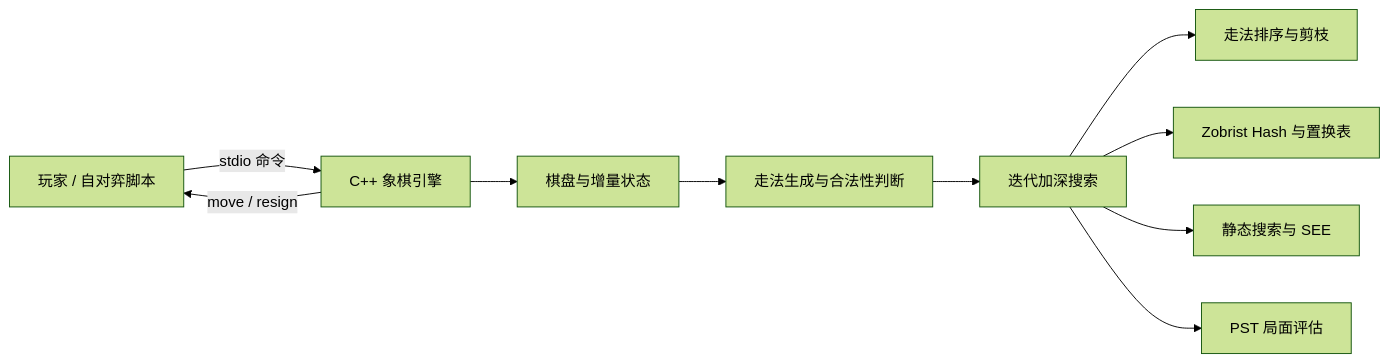
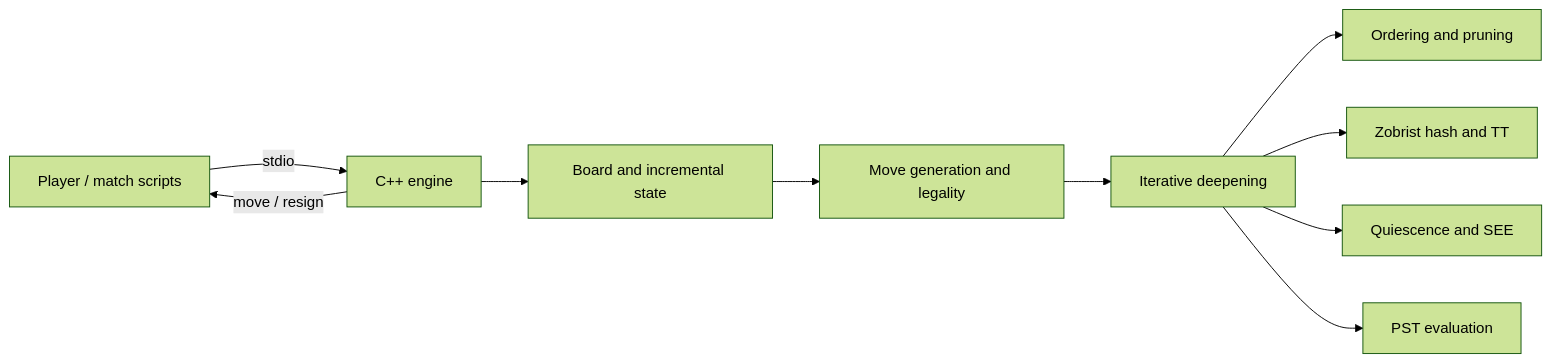
One commit to childofcuriosity/chinese-chess-xiangqi-searcher changed the diagram in XIANGQI_AI_SHARE.md. Above: the diagram before and after it, drawn with Mermaid (forest theme). The commit also changed other lines of this file and 82 other files, not shown here.

````diff
--- a/XIANGQI_AI_SHARE.md
+++ b/XIANGQI_AI_SHARE.md
@@ -54,12 +35,12 @@
 ```mermaid
 flowchart LR
-    U[玩家 / 自对弈脚本] -->|stdio 命令| E[C++ 象棋引擎]
-    E --> B[棋盘与增量状态]
-    B --> G[走法生成与合法性判断]
-    G --> S[迭代加深搜索]
-    S --> O[走法排序与剪枝]
-    S --> T[Zobrist Hash 与置换表]
-    S --> Q[静态搜索与 SEE]
-    S --> V[PST 局面评估]
+    U[Player / match scripts] -->|stdio| E[C++ engine]
+    E --> B[Board and incremental state]
+    B --> G[Move generation and legality]
+    G --> S[Iterative deepening]
+    S --> O[Ordering and pruning]
+    S --> T[Zobrist hash and TT]
+    S --> Q[Quiescence and SEE]
+    S --> V[PST evaluation]
     E -->|move / resign| U
 ```
````
